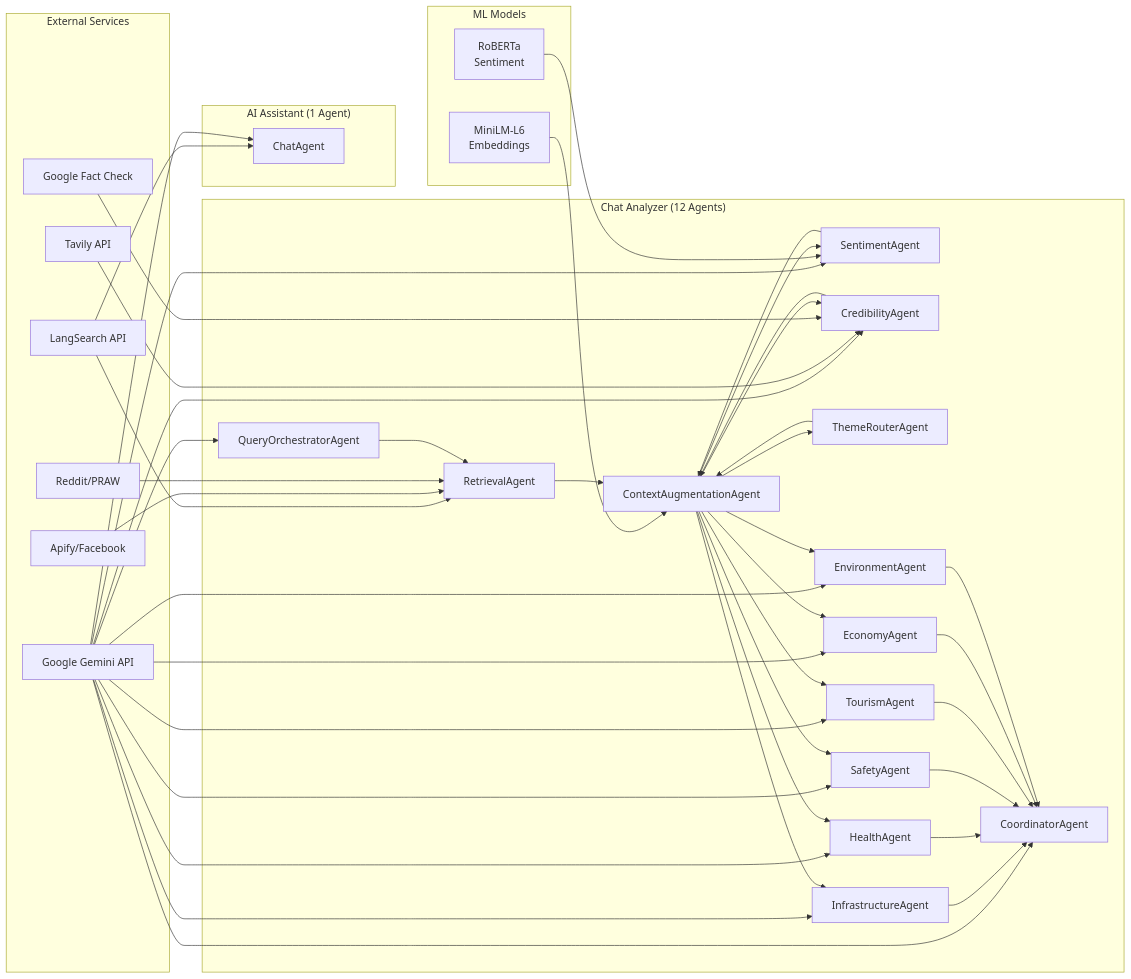
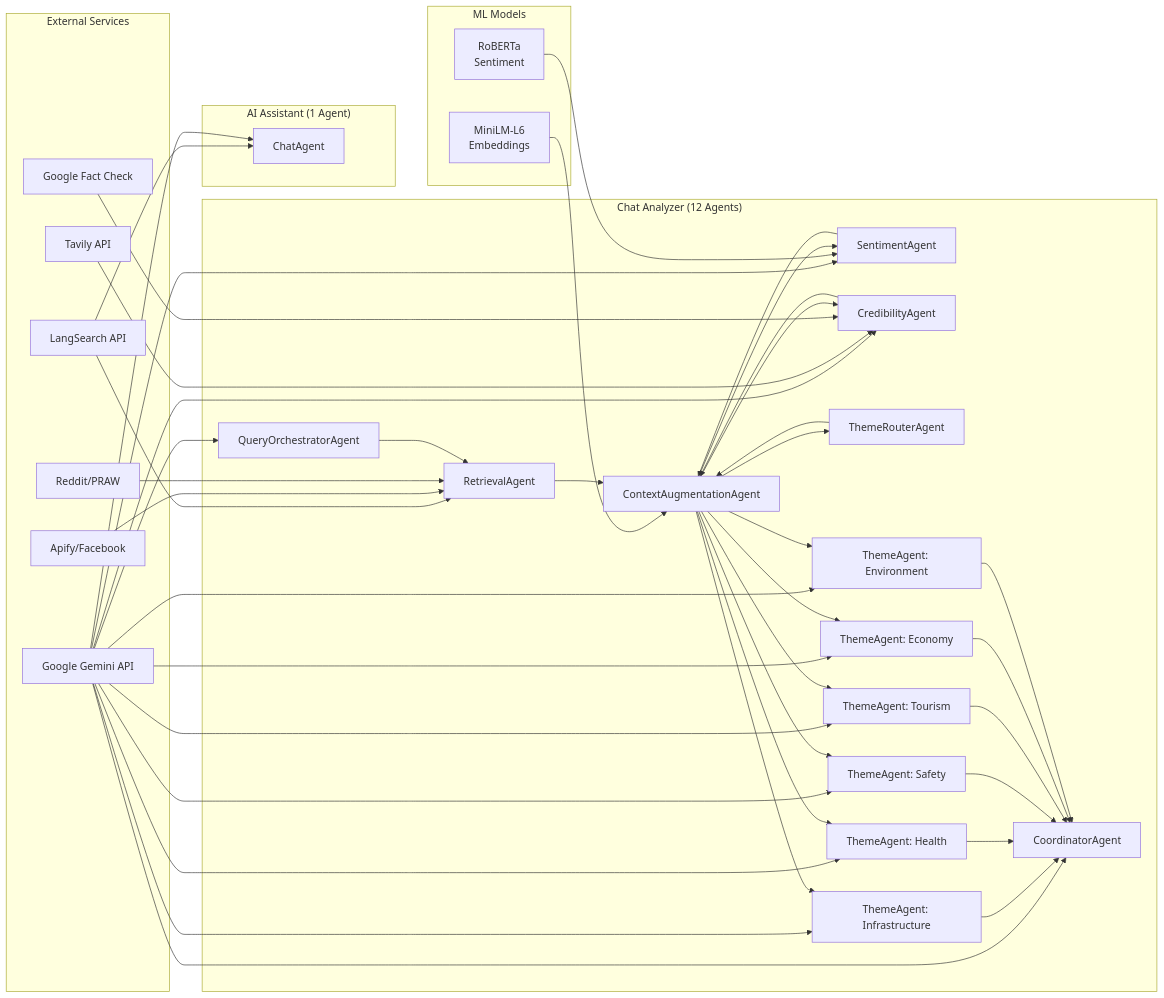
The sixth of 7 diagrams in docs/CHAT_ARCHITECTURE.md (donyelqt/Hinaing), drawn with Mermaid before and after one commit. The commit also changed other lines of this file and 9 other files, not shown here.

````diff
--- a/docs/CHAT_ARCHITECTURE.md
+++ b/docs/CHAT_ARCHITECTURE.md
@@ -366,51 +366,51 @@
 ```mermaid
 graph LR
     subgraph External["External Services"]
         LS[LangSearch API]
         GEMINI[Google Gemini API]
         APIFY[Apify/Facebook]
         PRAW[Reddit/PRAW]
         TAVILY[Tavily API]
         GFACT[Google Fact Check]
     end
 
     subgraph Models["ML Models"]
         ROBERTA[RoBERTa<br/>Sentiment]
         MINILM[MiniLM-L6<br/>Embeddings]
     end
 
     subgraph ChatAnalyze["Chat Analyzer (12 Agents)"]
         CA_QO[QueryOrchestratorAgent]
         CA_RA[RetrievalAgent]
         CA_CTX[ContextAugmentationAgent]
         CA_SA[SentimentAgent]
         CA_CR[CredibilityAgent]
         CA_TR[ThemeRouterAgent]
-        CA_T1[InfrastructureAgent]
-        CA_T2[HealthAgent]
-        CA_T3[SafetyAgent]
-        CA_T4[TourismAgent]
-        CA_T5[EconomyAgent]
-        CA_T6[EnvironmentAgent]
+        CA_T1[ThemeAgent: Infrastructure]
+        CA_T2[ThemeAgent: Health]
+        CA_T3[ThemeAgent: Safety]
+        CA_T4[ThemeAgent: Tourism]
+        CA_T5[ThemeAgent: Economy]
+        CA_T6[ThemeAgent: Environment]
         CA_CO[CoordinatorAgent]
     end
 
     subgraph AIAssistant["AI Assistant (1 Agent)"]
         AA_AG[ChatAgent]
     end
 
     LS --> CA_RA & AA_AG
     APIFY --> CA_RA
     PRAW --> CA_RA
     GEMINI --> CA_QO & CA_SA & CA_CR & CA_T1 & CA_T2 & CA_T3 & CA_T4 & CA_T5 & CA_T6 & CA_CO & AA_AG
     TAVILY --> CA_CR
     GFACT --> CA_CR
     ROBERTA --> CA_SA
     MINILM --> CA_CTX
 
     CA_QO --> CA_RA --> CA_CTX
     CA_CTX --> CA_SA & CA_CR & CA_TR
     CA_SA & CA_CR & CA_TR --> CA_CTX
     CA_CTX --> CA_T1 & CA_T2 & CA_T3 & CA_T4 & CA_T5 & CA_T6
     CA_T1 & CA_T2 & CA_T3 & CA_T4 & CA_T5 & CA_T6 --> CA_CO
 ```
````
